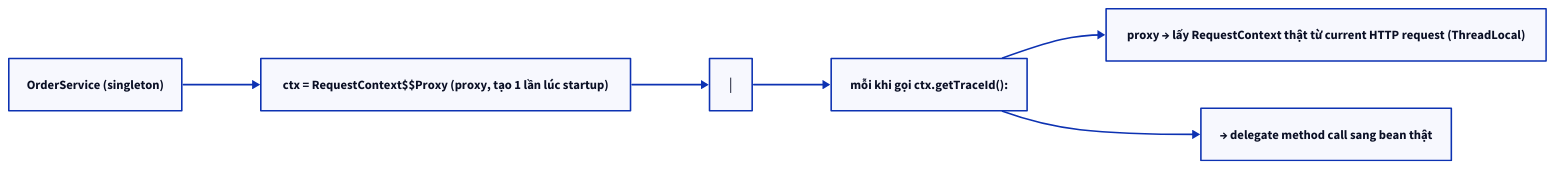
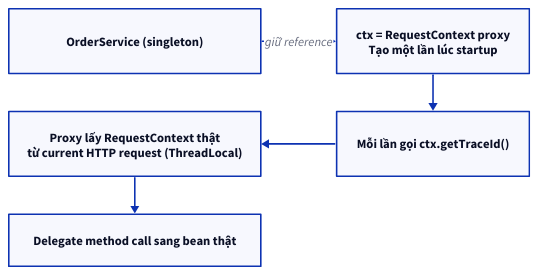
Before and after one commit to vanhiep99w/java-learn: the seventh of 7 diagrams in content/docs/spring/spring-proxy.md, drawn with D2. The commit also changed other lines of this file and 62 other files, not shown here.

Commit message:
feat(docs): upgrade docs-kit and optimize diagram layouts

````diff
--- a/content/docs/spring/spring-proxy.md
+++ b/content/docs/spring/spring-proxy.md
@@ -829,14 +834,15 @@
 ```d2 title="11.2. Giải pháp: ScopedProxyMode"
-direction: right
-t0: "OrderService (singleton)"
-t1: "ctx = RequestContext\$\$Proxy  (proxy, tạo 1 lần lúc startup)"
-t0 -> t1
-t2: "│"
-t1 -> t2
-t3: "mỗi khi gọi ctx.getTraceId():"
-t2 -> t3
-t4: "proxy → lấy RequestContext thật từ current HTTP request (ThreadLocal)"
-t3 -> t4
-t5: "→ delegate method call sang bean thật"
-t3 -> t5
+grid-rows: 3
+grid-columns: 2
+horizontal-gap: 96
+vertical-gap: 48
+service: "OrderService (singleton)"
+proxy: "ctx = RequestContext proxy\nTạo một lần lúc startup"
+resolve: "Proxy lấy RequestContext thật\ntừ current HTTP request (ThreadLocal)"
+call: "Mỗi lần gọi ctx.getTraceId()"
+delegate: "Delegate method call sang bean thật"
+service -> proxy: giữ reference
+proxy -> call
+call -> resolve
+resolve -> delegate
 ```
````
